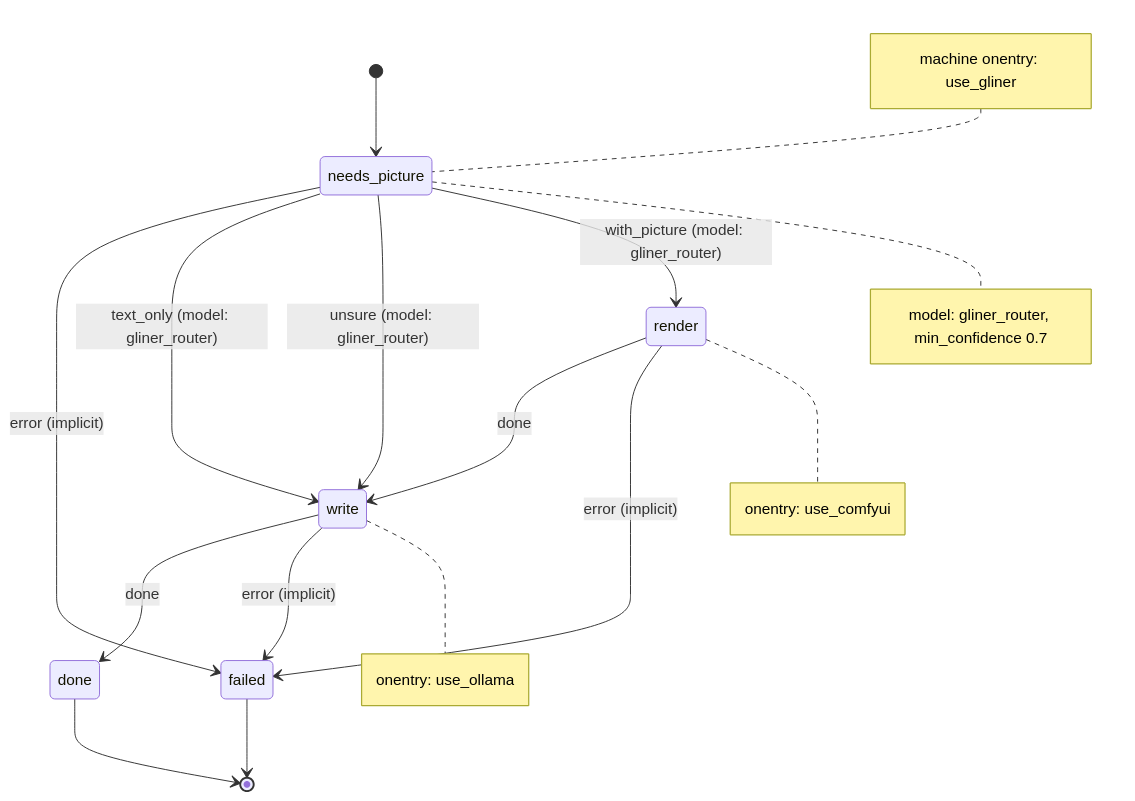
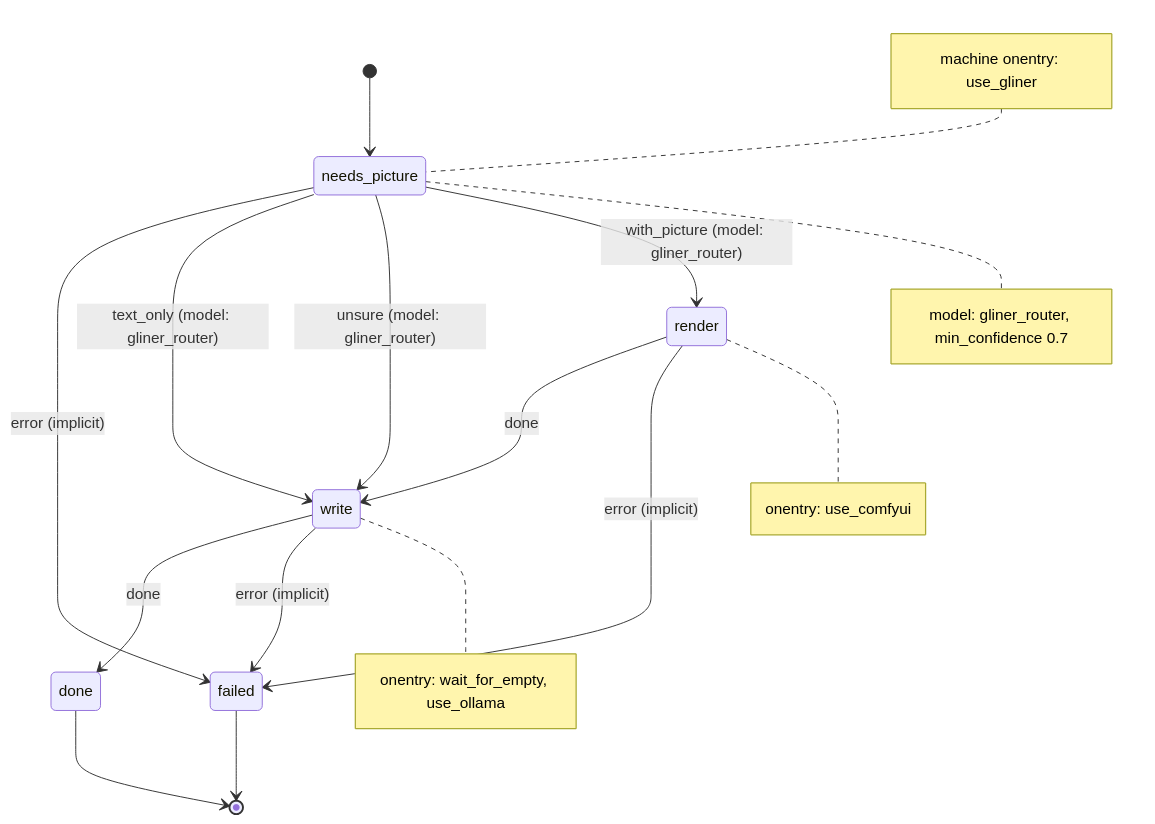
Before and after one commit to jtmckay/decree: the diagram in examples/tmux-services/.decree/graph/illustrated_post.md, drawn with Mermaid. The commit also changed 9 other files, not shown here.

First line of the commit message:
ComfyUI jobs run in the background; wait_for_empty drains the queue

````diff
--- a/examples/tmux-services/.decree/graph/illustrated_post.md
+++ b/examples/tmux-services/.decree/graph/illustrated_post.md
@@ -7,26 +7,26 @@
 ```mermaid
 stateDiagram-v2
     [*] --> needs_picture
     needs_picture --> failed: error (implicit)
     needs_picture --> write: text_only (model: gliner_router)
     needs_picture --> write: unsure (model: gliner_router)
     needs_picture --> render: with_picture (model: gliner_router)
     render --> write: done
     render --> failed: error (implicit)
     write --> done: done
     write --> failed: error (implicit)
     done --> [*]
     failed --> [*]
     note left of needs_picture
         machine onentry: use_gliner
     end note
     note right of needs_picture
         model: gliner_router, min_confidence 0.7
     end note
     note right of render
         onentry: use_comfyui
     end note
     note right of write
-        onentry: use_ollama
+        onentry: wait_for_empty, use_ollama
     end note
 ```
````
